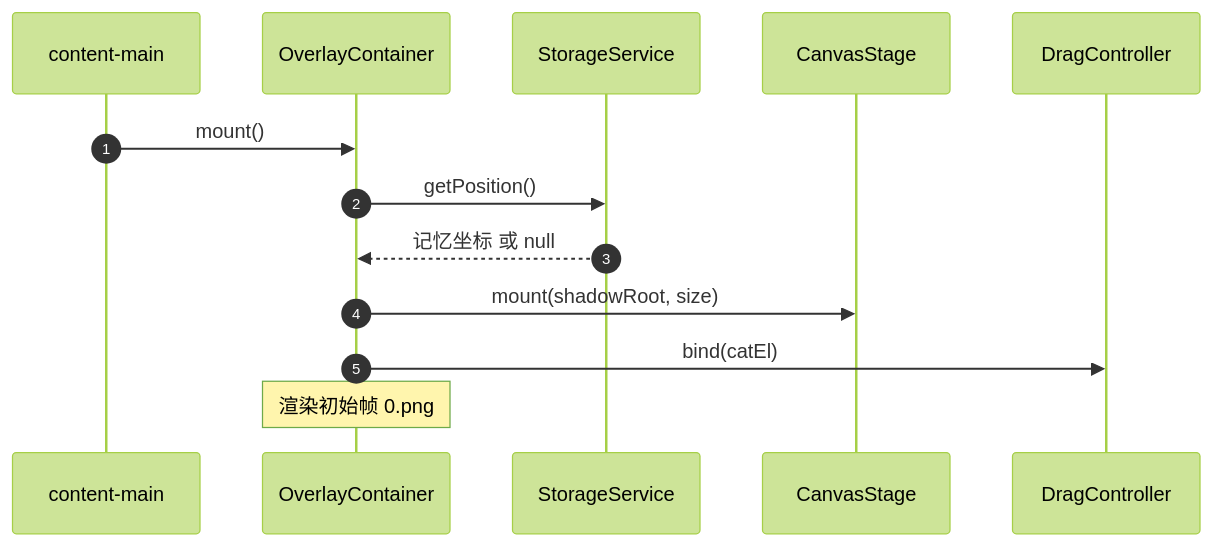
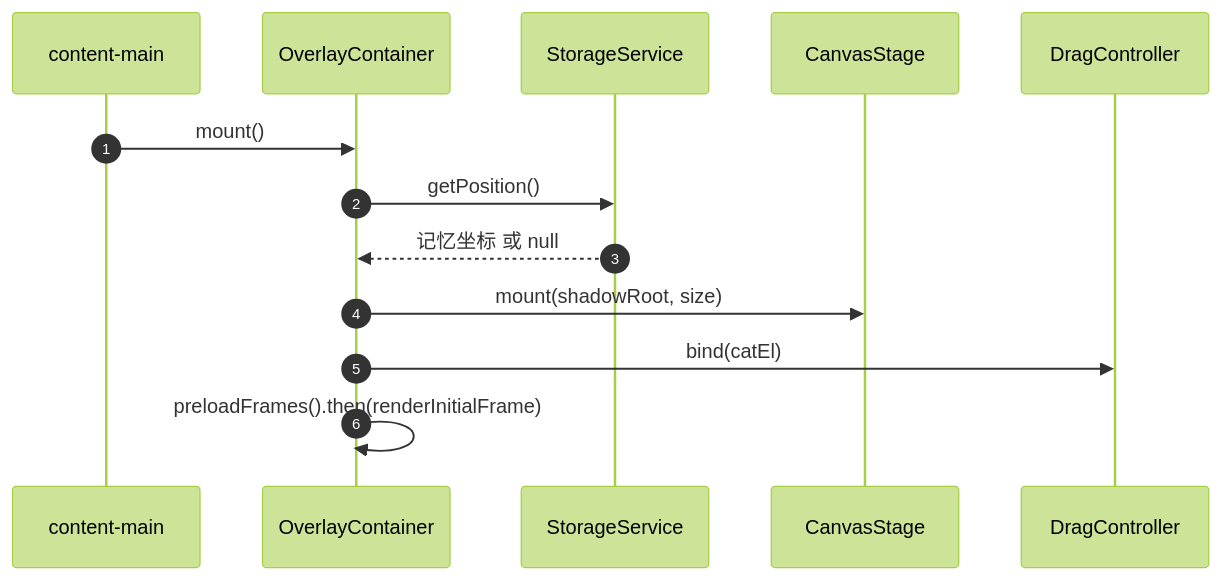
Before and after one commit to sher2018/cat_eyeing_mouse: diagram 49 of 59 in doc/2.detailed_design_specification.md, drawn with Mermaid (forest theme). The commit also changed other lines of this file and 25 other files, not shown here.

````diff
--- a/doc/2.detailed_design_specification.md
+++ b/doc/2.detailed_design_specification.md
@@ -1409,15 +1512,15 @@
 ```mermaid
 sequenceDiagram
     autonumber
     participant CM as content-main
     participant OC as OverlayContainer
     participant SS as StorageService
     participant CS as CanvasStage
     participant DC as DragController
     CM->>OC: mount()
     OC->>SS: getPosition()
     SS-->>OC: 记忆坐标 或 null
     OC->>CS: mount(shadowRoot, size)
     OC->>DC: bind(catEl)
-    Note over OC: 渲染初始帧 0.png
+    OC->>OC: preloadFrames().then(renderInitialFrame)
 ```
````
